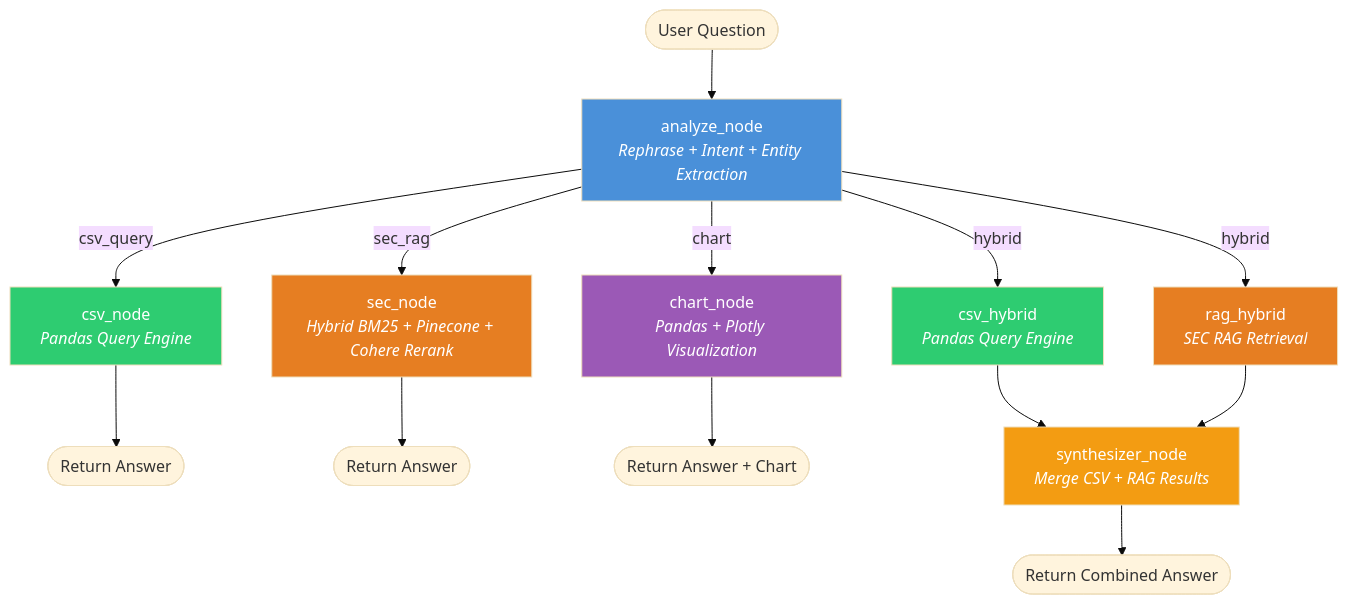
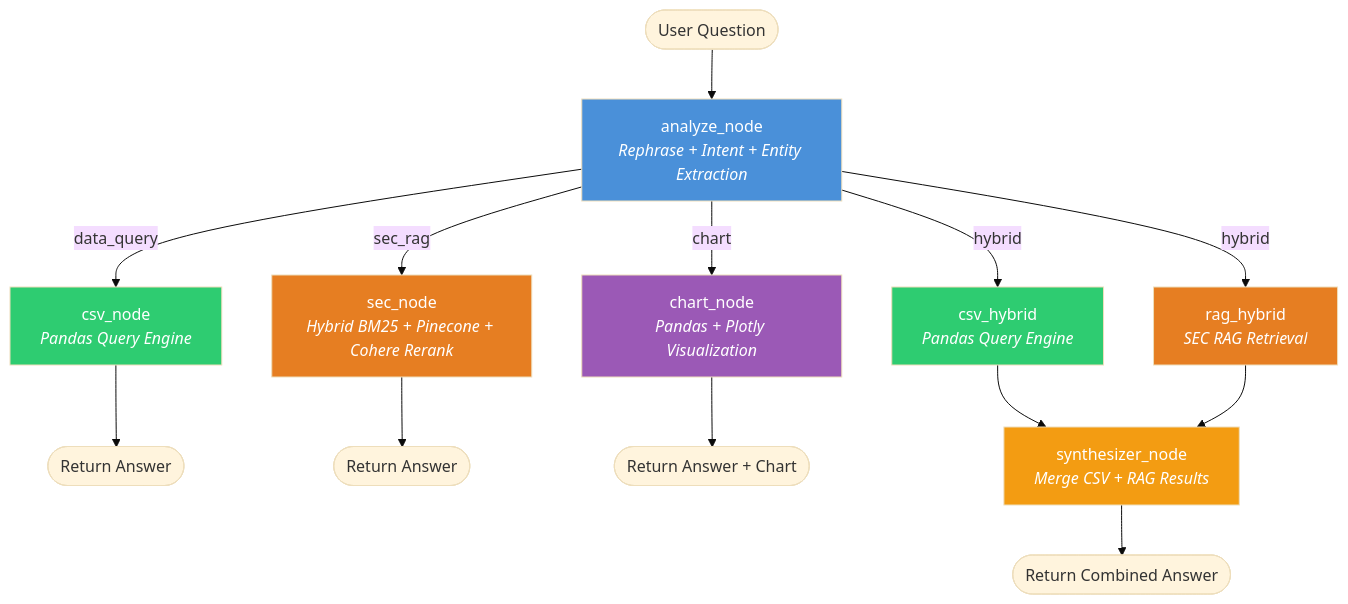
Before and after one commit to SiddardhaPolineni/FinSight-Agentic-RAG: the diagram in README.md, drawn with Mermaid (base theme). The commit also changed other lines of this file, not shown here.

````diff
--- a/README.md
+++ b/README.md
@@ -21,26 +21,26 @@
 ```mermaid
 graph TD
     START([User Question]) --> ANALYZE[analyze_node<br/><i>Rephrase + Intent + Entity Extraction</i>]
 
-    ANALYZE -->|csv_query| CSV[csv_node<br/><i>Pandas Query Engine</i>]
+    ANALYZE -->|data_query| CSV[csv_node<br/><i>Pandas Query Engine</i>]
     ANALYZE -->|sec_rag| SEC[sec_node<br/><i>Hybrid BM25 + Pinecone + Cohere Rerank</i>]
     ANALYZE -->|chart| CHART[chart_node<br/><i>Pandas + Plotly Visualization</i>]
     ANALYZE -->|hybrid| CSV_H[csv_hybrid<br/><i>Pandas Query Engine</i>]
     ANALYZE -->|hybrid| RAG_H[rag_hybrid<br/><i>SEC RAG Retrieval</i>]
 
     CSV --> END_CSV([Return Answer])
     SEC --> END_SEC([Return Answer])
     CHART --> END_CHART([Return Answer + Chart])
 
     CSV_H --> SYNTH[synthesizer_node<br/><i>Merge CSV + RAG Results</i>]
     RAG_H --> SYNTH
     SYNTH --> END_HYB([Return Combined Answer])
 
     style ANALYZE fill:#4a90d9,color:#fff
     style CSV fill:#2ecc71,color:#fff
     style SEC fill:#e67e22,color:#fff
     style CHART fill:#9b59b6,color:#fff
     style CSV_H fill:#2ecc71,color:#fff
     style RAG_H fill:#e67e22,color:#fff
     style SYNTH fill:#f39c12,color:#fff
 ```
````
